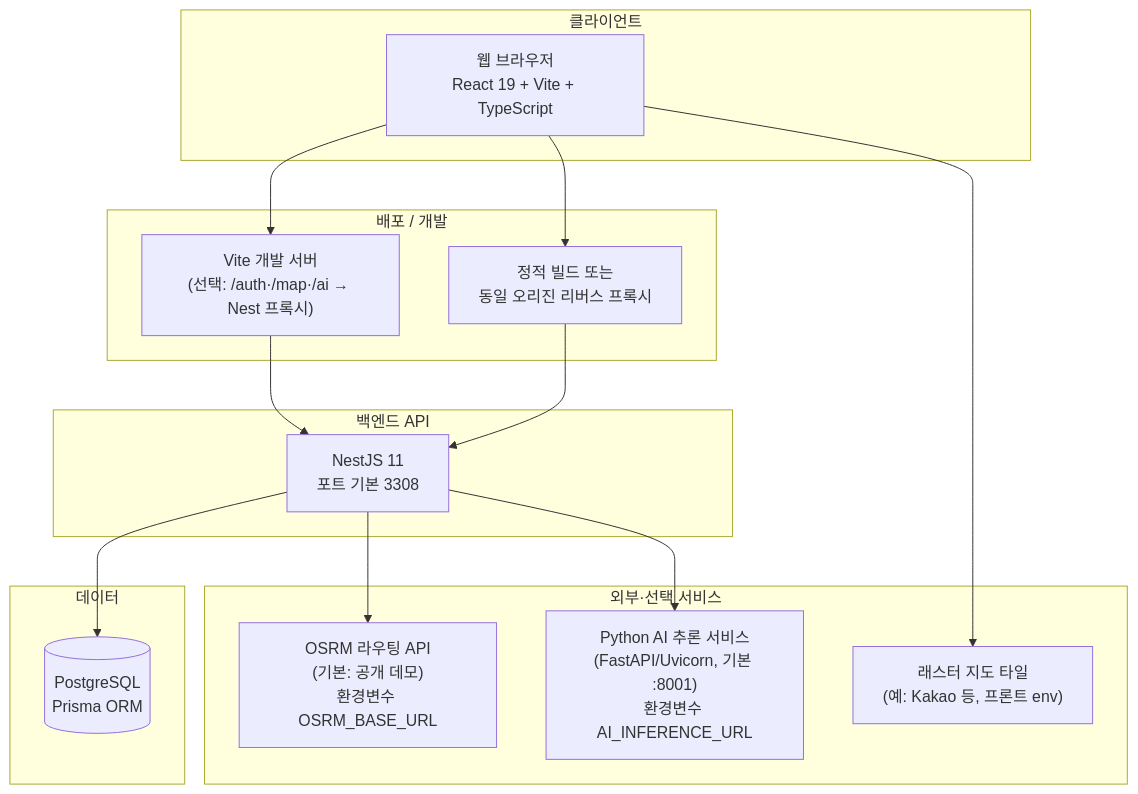
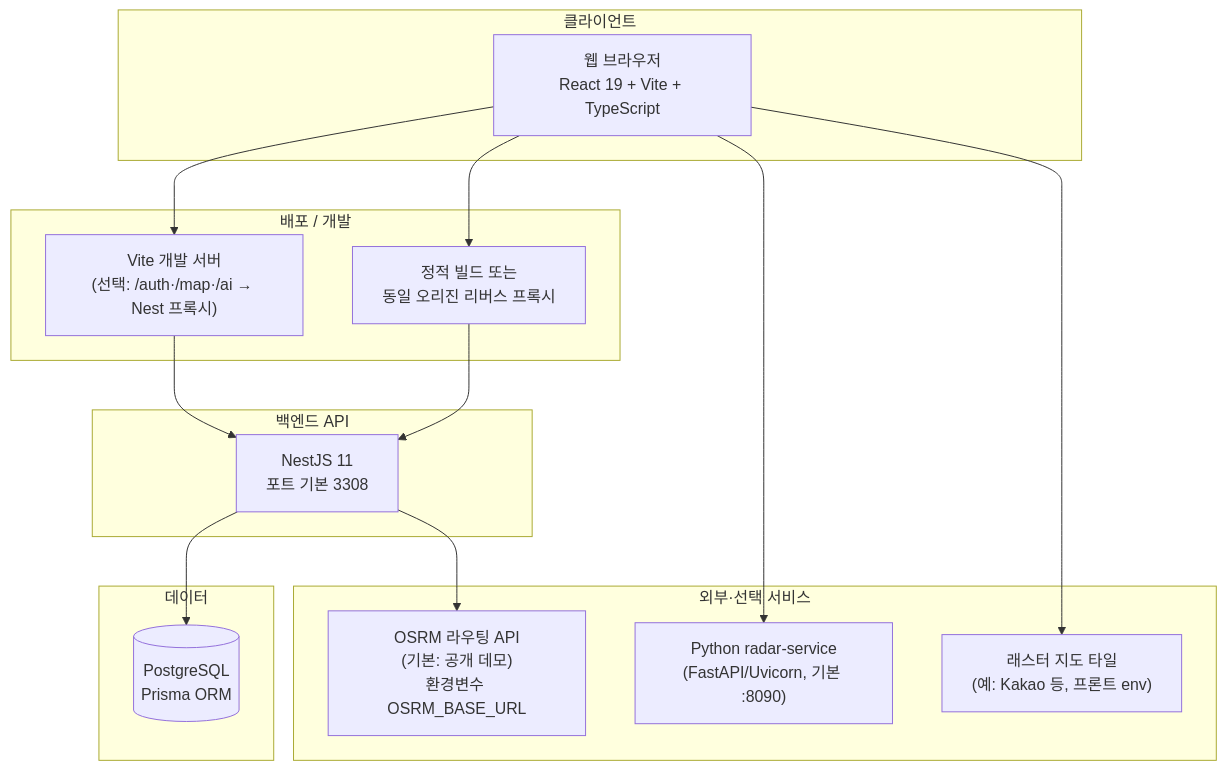
Before and after one commit to pbzz1/hanhwa_final: the first of 6 diagrams in docs/ARCHITECTURE.md, drawn with Mermaid. The commit also changed other lines of this file and 176 other files, not shown here.

````diff
--- a/docs/ARCHITECTURE.md
+++ b/docs/ARCHITECTURE.md
@@ -17,34 +17,34 @@
 ```mermaid
 flowchart TB
   subgraph Client["클라이언트"]
     Browser["웹 브라우저\nReact 19 + Vite + TypeScript"]
   end
 
   subgraph Edge["배포 / 개발"]
     ViteDev["Vite 개발 서버\n(선택: /auth·/map·/ai → Nest 프록시)"]
     Static["정적 빌드 또는\n동일 오리진 리버스 프록시"]
   end
 
   subgraph API["백엔드 API"]
     Nest["NestJS 11\n포트 기본 3308"]
   end
 
   subgraph Data["데이터"]
     DB[("PostgreSQL\nPrisma ORM")]
   end
 
   subgraph External["외부·선택 서비스"]
     OSRM["OSRM 라우팅 API\n(기본: 공개 데모)\n환경변수 OSRM_BASE_URL"]
     Tiles["래스터 지도 타일\n(예: Kakao 등, 프론트 env)"]
-    PyAI["Python AI 추론 서비스\n(FastAPI/Uvicorn, 기본 :8001)\n환경변수 AI_INFERENCE_URL"]
+    RadarSvc["Python radar-service\n(FastAPI/Uvicorn, 기본 :8090)"]
   end
 
   Browser --> ViteDev
   Browser --> Static
   ViteDev --> Nest
   Static --> Nest
   Nest --> DB
   Nest --> OSRM
-  Nest --> PyAI
+  Browser --> RadarSvc
   Browser --> Tiles
 ```
````
